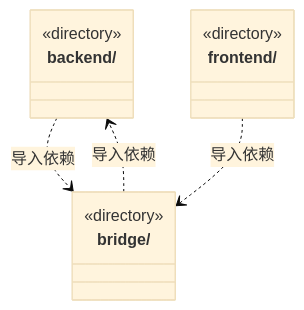
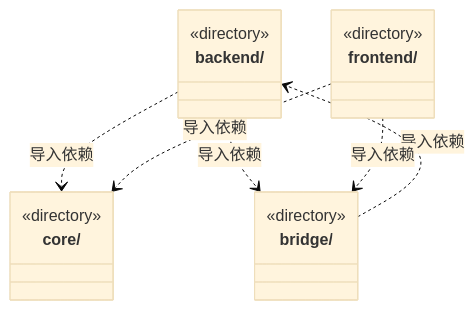
The diagram in src/ARCHITECTURE.md (nan023062/cbim), drawn with Mermaid (base theme) before and after one commit. The commit also changed other lines of this file and 124 other files, not shown here.

````diff
--- a/src/ARCHITECTURE.md
+++ b/src/ARCHITECTURE.md
@@ -15,15 +15,20 @@
 ```mermaid
 classDiagram
 class N_src_backend["backend/"] {
   <<directory>>
 }
 class N_src_bridge["bridge/"] {
   <<directory>>
 }
+class N_src_core["core/"] {
+  <<directory>>
+}
 class N_src_frontend["frontend/"] {
   <<directory>>
 }
+N_src_backend ..> N_src_core : 导入依赖
 N_src_backend ..> N_src_bridge : 导入依赖
 N_src_bridge ..> N_src_backend : 导入依赖
 N_src_frontend ..> N_src_bridge : 导入依赖
+N_src_frontend ..> N_src_core : 导入依赖
 ```
````
